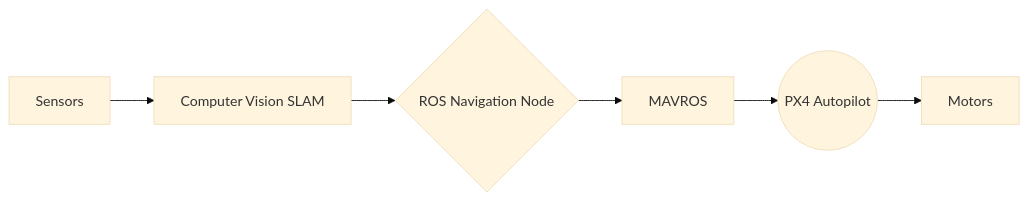
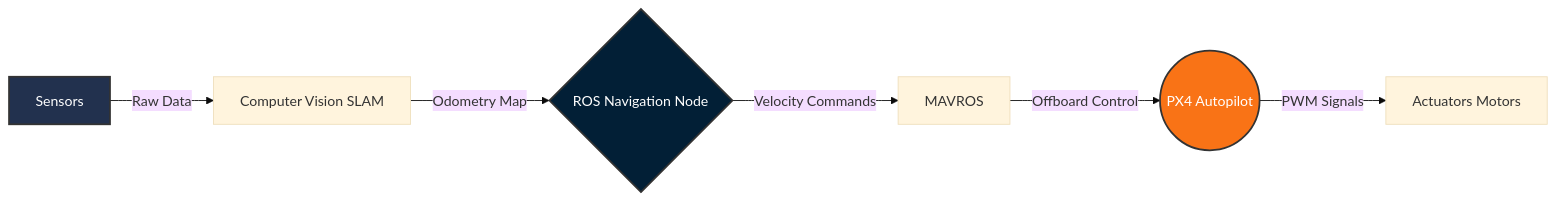
Before and after one commit to abdelfatah7/abdelfatah7: the diagram in README.md, drawn with Mermaid (base theme). The commit also changed other lines of this file, not shown here.

````diff
--- a/README.md
+++ b/README.md
@@ -132,8 +70,12 @@
 ```mermaid
 graph LR
-A[Sensors] --> B[Computer Vision SLAM]
-B --> C{ROS Navigation Node}
-C --> D[MAVROS]
-D --> E((PX4 Autopilot))
-E --> F[Motors]
+    A[Sensors] -->|Raw Data| B[Computer Vision SLAM]
+    B -->|Odometry Map| C{ROS Navigation Node}
+    C -->|Velocity Commands| D[MAVROS]
+    D -->|Offboard Control| E((PX4 Autopilot))
+    E -->|PWM Signals| F[Actuators Motors]
+    
+    style A fill:#22314E,color:#fff,stroke:#333,stroke-width:2px
+    style C fill:#021F36,color:#fff,stroke:#333,stroke-width:2px
+    style E fill:#F97316,color:#fff,stroke:#333,stroke-width:2px
 ```
````
